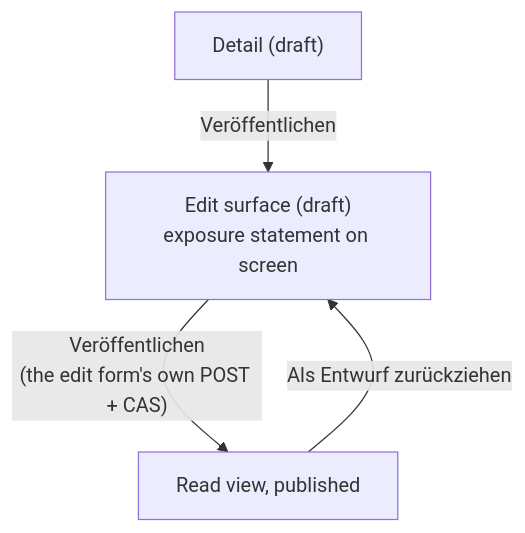
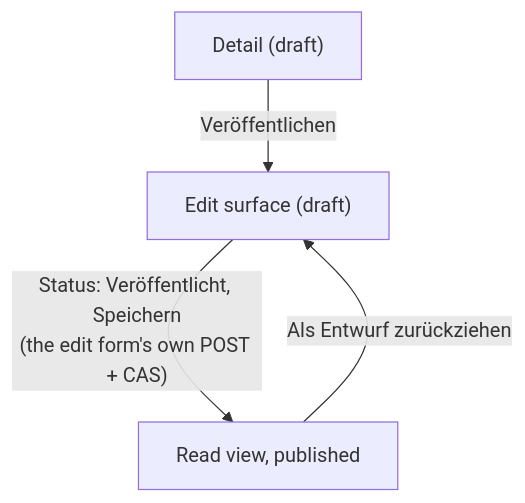
Before and after one commit to deutscher-pfadfinderbund/bundesarchiv: the third of 7 diagrams in docs/design/userflows.md, drawn with Mermaid. The commit also changed other lines of this file and 9 other files, not shown here.

````diff
--- a/docs/design/userflows.md
+++ b/docs/design/userflows.md
@@ -95,6 +93,6 @@
 ```mermaid
 flowchart TD
-    EDIT["Edit surface (draft)\nexposure statement on screen"] -->|"Veröffentlichen\n(the edit form's own POST + CAS)"| READ["Read view, published"]
+    EDIT["Edit surface (draft)"] -->|"Status: Veröffentlicht, Speichern\n(the edit form's own POST + CAS)"| READ["Read view, published"]
     DET["Detail (draft)"] -->|"Veröffentlichen"| EDIT
     READ -->|"Als Entwurf zurückziehen"| EDIT
 ```
````
